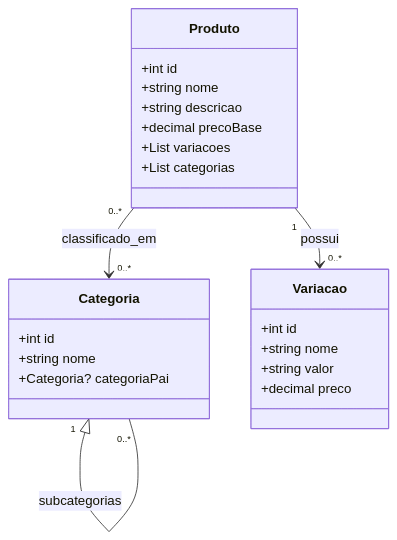
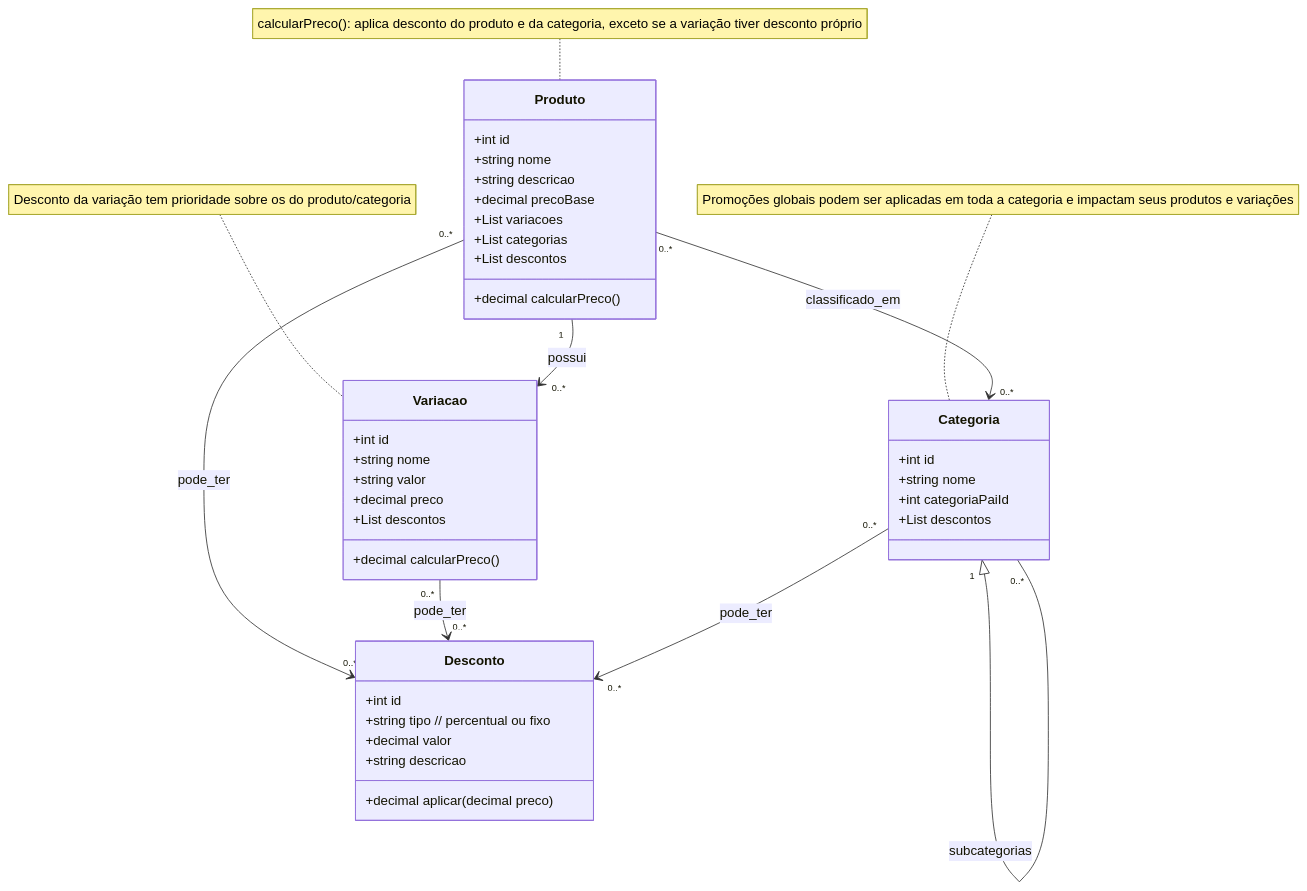
One commit to profAndreSouza/Ecommerce changed the diagram in Doc/diagrama de classes.md. Above: the diagram before and after it, drawn with Mermaid. The commit also changed 1 other file, not shown here.

````diff
--- a/Doc/diagrama de classes.md
+++ b/Doc/diagrama de classes.md
@@ -10,28 +10,50 @@
 ```mermaid
 classDiagram
     class Categoria {
         +int id
         +string nome
-        +Categoria? categoriaPai
+        +int categoriaPaiId
+        +List<Desconto> descontos
     }
 
     class Produto {
         +int id
         +string nome
         +string descricao
         +decimal precoBase
         +List<Variacao> variacoes
         +List<Categoria> categorias
+        +List<Desconto> descontos
+        +decimal calcularPreco()
     }
 
     class Variacao {
         +int id
         +string nome
         +string valor
         +decimal preco
+        +List<Desconto> descontos
+        +decimal calcularPreco()
     }
 
+    class Desconto {
+        +int id
+        +string tipo       // percentual ou fixo
+        +decimal valor
+        +string descricao
+        +decimal aplicar(decimal preco)
+    }
+
+    %% Relacionamentos
     Categoria "1" <|-- "0..*" Categoria : subcategorias
     Produto "1" --> "0..*" Variacao : possui
     Produto "0..*" --> "0..*" Categoria : classificado_em
+    Produto "0..*" --> "0..*" Desconto : pode_ter
+    Variacao "0..*" --> "0..*" Desconto : pode_ter
+    Categoria "0..*" --> "0..*" Desconto : pode_ter
+
+    note for Categoria "Promoções globais podem ser aplicadas em toda a categoria e impactam seus produtos e variações"
+    note for Produto "calcularPreco(): aplica desconto do produto e da categoria, exceto se a variação tiver desconto próprio"
+    note for Variacao "Desconto da variação tem prioridade sobre os do produto/categoria"
+
 ```
````
